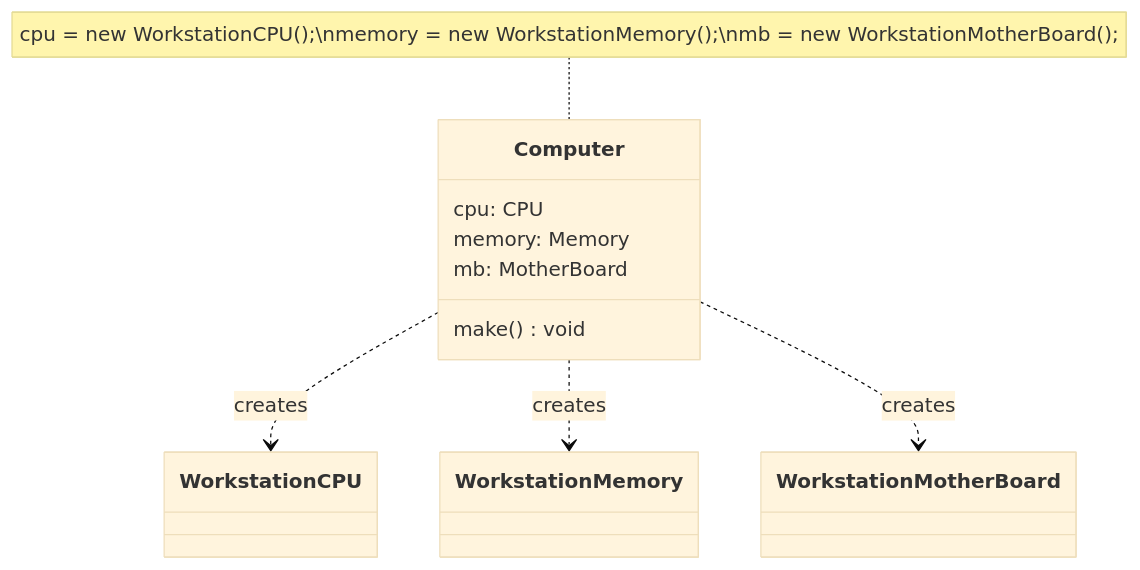
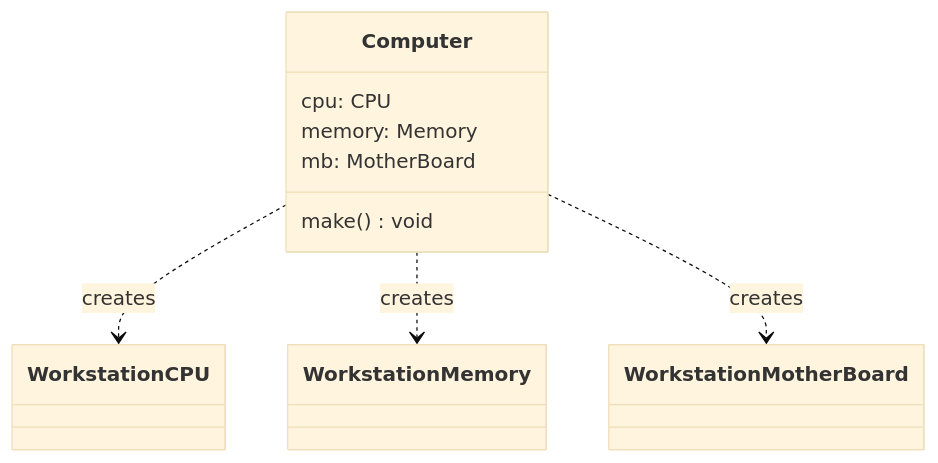
The third of 4 diagrams in Part4_PatternCreation/ch12_af.md (nlhsueh/teach_sw_fw), drawn with Mermaid (base theme) before and after one commit. The commit also changed other lines of this file and 2 other files, not shown here.

````diff
--- a/Part4_PatternCreation/ch12_af.md
+++ b/Part4_PatternCreation/ch12_af.md
@@ -172,13 +127,12 @@
 ```mermaid
 classDiagram
     class Computer {
         cpu: CPU
         memory: Memory
         mb: MotherBoard
         make() void
     }
-    note for Computer "cpu = new WorkstationCPU();\nmemory = new WorkstationMemory();\nmb = new WorkstationMotherBoard();"
     Computer ..> WorkstationCPU : creates
     Computer ..> WorkstationMemory : creates
     Computer ..> WorkstationMotherBoard : creates
 ```
````
